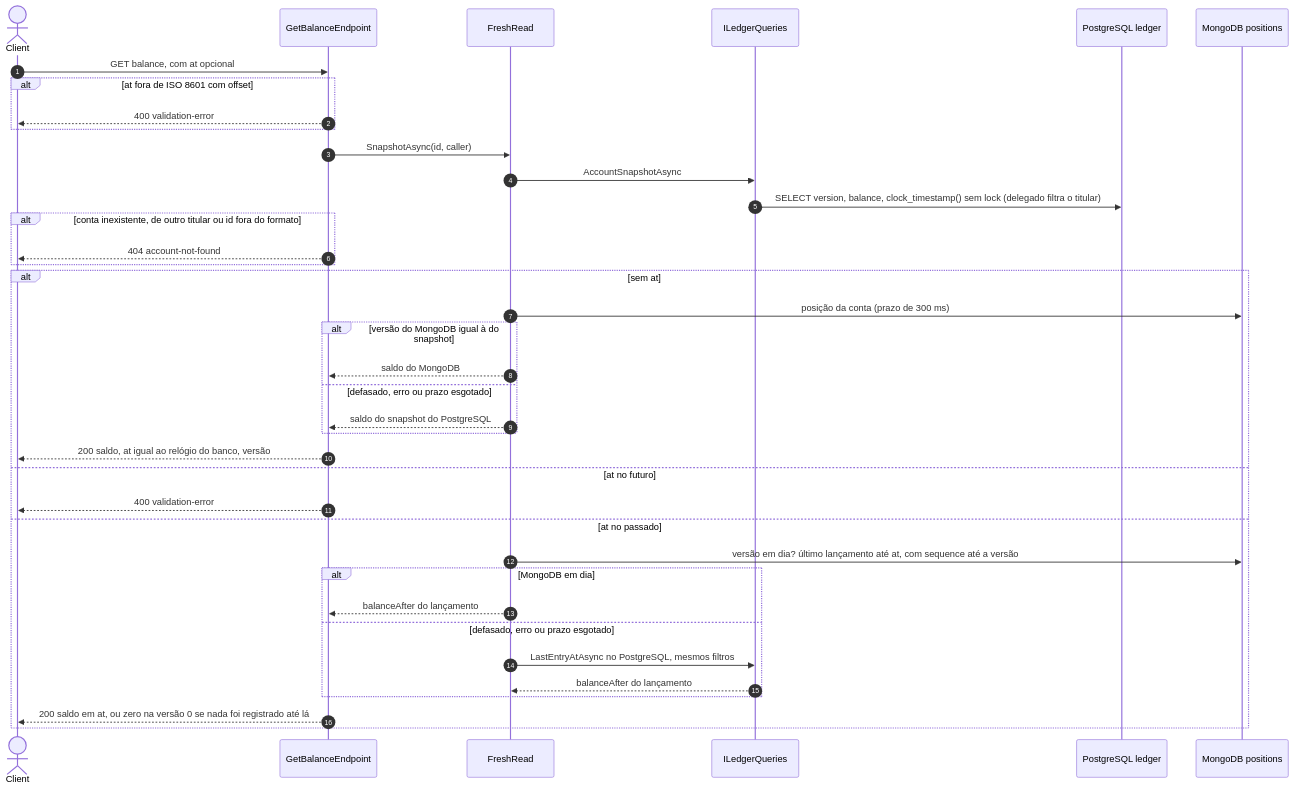
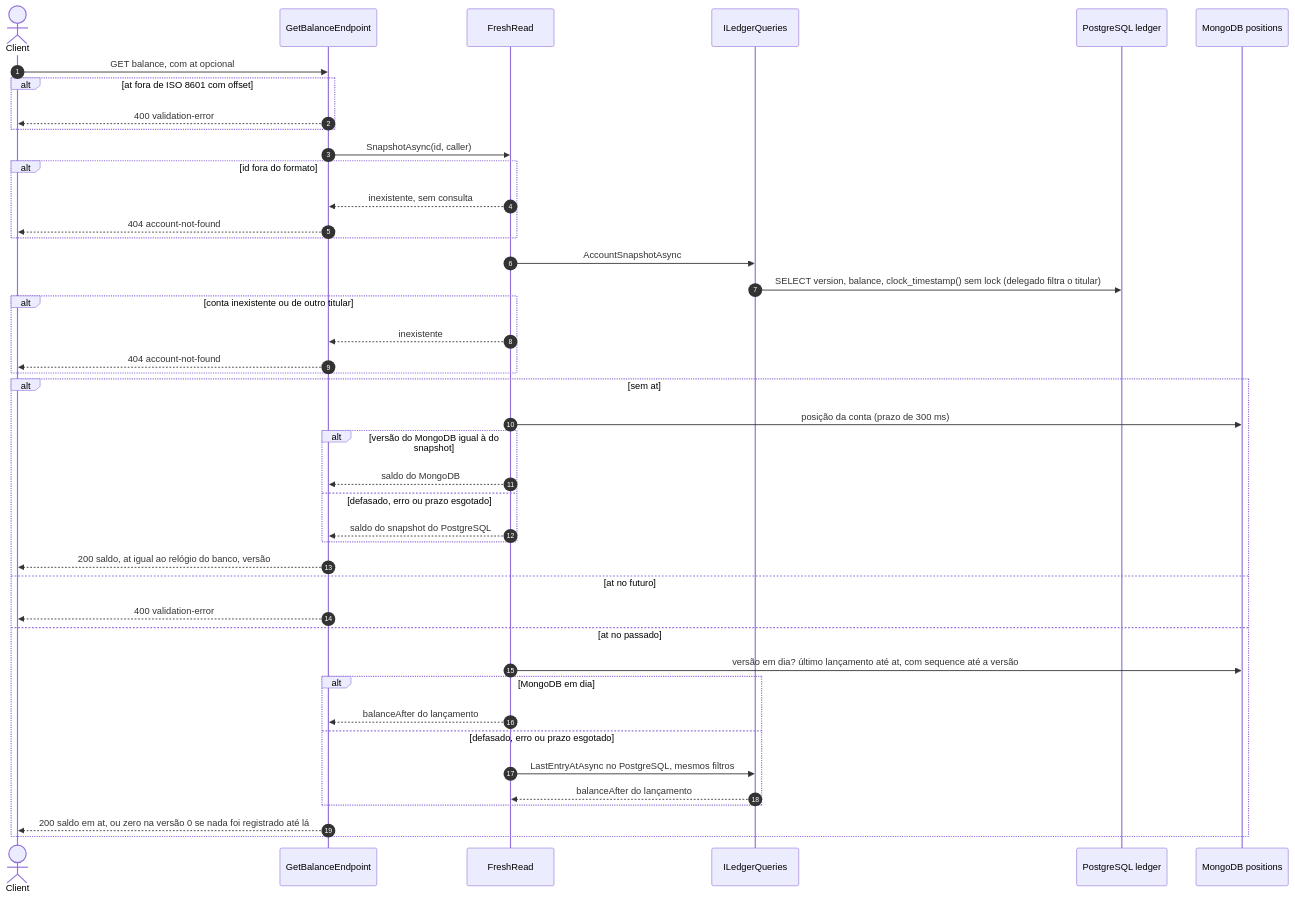
The sixth of 7 diagrams in docs/arquitetura/fluxos-ledger.md (arthuurw/desafio-arquiteto-keyrus), drawn with Mermaid before and after one commit. The commit also changed other lines of this file and 3 other files, not shown here.

First line of the commit message:
docs(fluxos): match the flow diagrams to the code at HEAD

````diff
--- a/docs/arquitetura/fluxos-ledger.md
+++ b/docs/arquitetura/fluxos-ledger.md
@@ -235,41 +276,46 @@
 ```mermaid
 sequenceDiagram
   autonumber
   actor C as Client
   participant E as GetBalanceEndpoint
   participant FR as FreshRead
   participant LQ as ILedgerQueries
   participant DB as PostgreSQL ledger
   participant M as MongoDB positions
 
   C->>E: GET balance, com at opcional
   alt at fora de ISO 8601 com offset
     E-->>C: 400 validation-error
   end
   E->>FR: SnapshotAsync(id, caller)
+  alt id fora do formato
+    FR-->>E: inexistente, sem consulta
+    E-->>C: 404 account-not-found
+  end
   FR->>LQ: AccountSnapshotAsync
   LQ->>DB: SELECT version, balance, clock_timestamp() sem lock (delegado filtra o titular)
-  alt conta inexistente, de outro titular ou id fora do formato
+  alt conta inexistente ou de outro titular
+    FR-->>E: inexistente
     E-->>C: 404 account-not-found
   end
   alt sem at
     FR->>M: posição da conta (prazo de 300 ms)
     alt versão do MongoDB igual à do snapshot
       FR-->>E: saldo do MongoDB
     else defasado, erro ou prazo esgotado
       FR-->>E: saldo do snapshot do PostgreSQL
     end
     E-->>C: 200 saldo, at igual ao relógio do banco, versão
   else at no futuro
     E-->>C: 400 validation-error
   else at no passado
     FR->>M: versão em dia? último lançamento até at, com sequence até a versão
     alt MongoDB em dia
       FR-->>E: balanceAfter do lançamento
     else defasado, erro ou prazo esgotado
       FR->>LQ: LastEntryAtAsync no PostgreSQL, mesmos filtros
       LQ-->>FR: balanceAfter do lançamento
     end
     E-->>C: 200 saldo em at, ou zero na versão 0 se nada foi registrado até lá
   end
 ```
````
